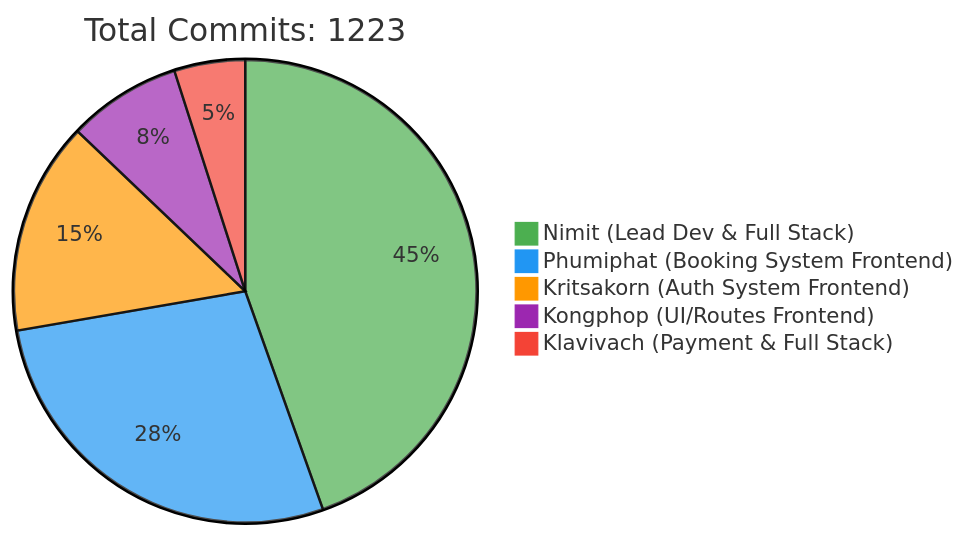
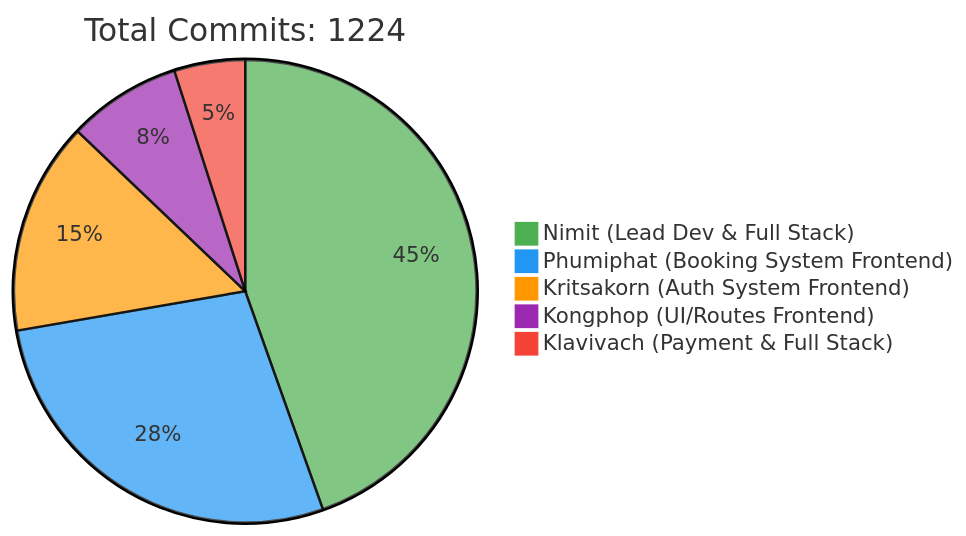
Before and after one commit to 6531503042/Sport-Complex: the first of 2 diagrams in README.md, drawn with Mermaid. The commit also changed other lines of this file, not shown here.

Commit message:
docs: Update contributor statistics [skip ci]

````diff
--- a/README.md
+++ b/README.md
@@ -257,10 +257,10 @@
 ```mermaid
 %%{init: {'theme': 'base', 'themeVariables': { 'pie1': '#4CAF50', 'pie2': '#2196F3', 'pie3': '#FF9800', 'pie4': '#9C27B0', 'pie5': '#F44336'}}}%%
 pie
-    title Total Commits: 1223
+    title Total Commits: 1224
     "Nimit (Lead Dev & Full Stack)" : 450
     "Phumiphat (Booking System Frontend)" : 280
     "Kritsakorn (Auth System Frontend)" : 150
     "Kongphop (UI/Routes Frontend)" : 80
     "Klavivach (Payment & Full Stack)" : 50
 ```
````
